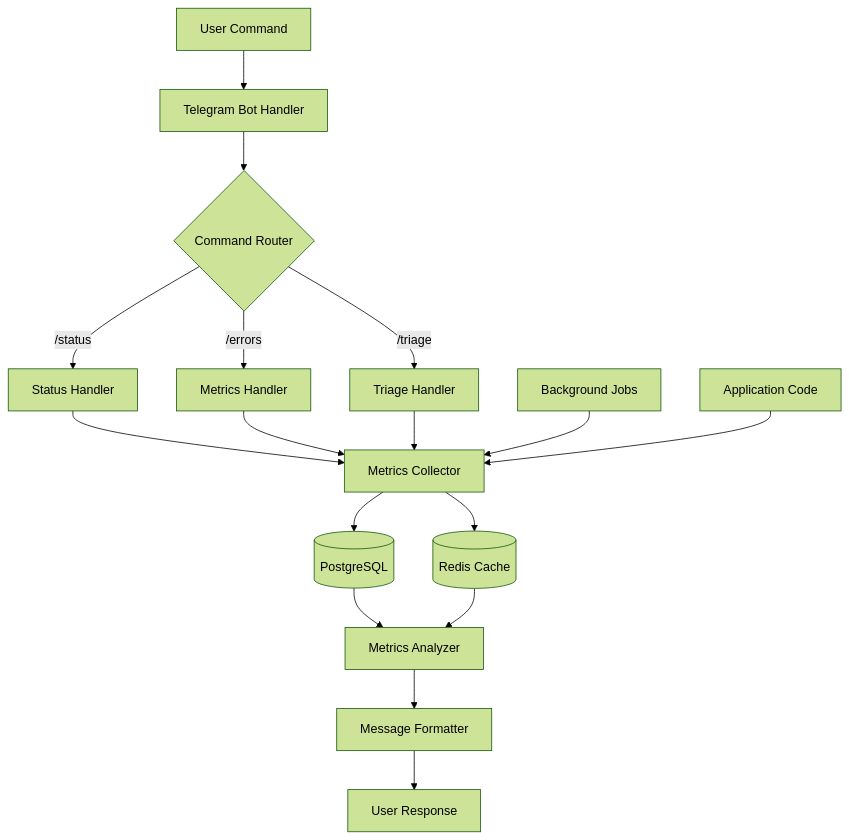
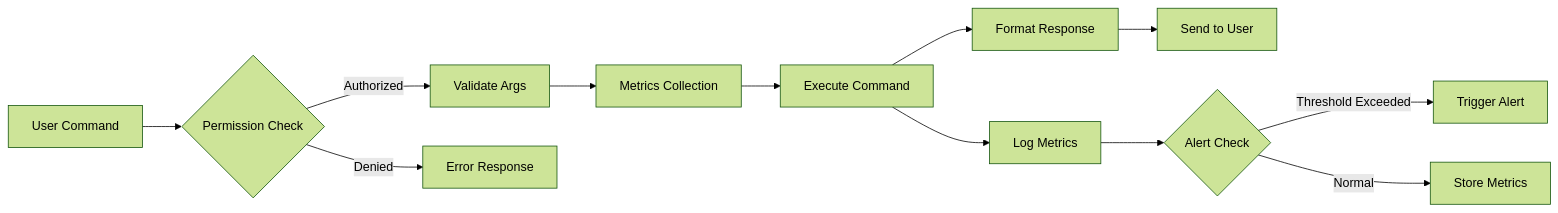
One commit to amirbiron/CodeBot changed the first of 13 diagrams in docs/issue_805_implementation_guide.md. Above: the diagram before and after it, drawn with Mermaid (forest theme). The commit also changed other lines of this file and 1 other file, not shown here.

Commit message:
feat: Add architecture diagrams and guide

````diff
--- a/docs/issue_805_implementation_guide.md
+++ b/docs/issue_805_implementation_guide.md
@@ -138,25 +104,14 @@
 ```mermaid
-graph TD
-    A[User Command] --> B[Telegram Bot Handler]
-    B --> C{Command Router}
-    
-    C -->|/status| D[Status Handler]
-    C -->|/errors| E[Metrics Handler]
-    C -->|/triage| F[Triage Handler]
-    
-    D --> G[Metrics Collector]
-    E --> G
-    F --> G
-    
-    G --> H[(PostgreSQL)]
-    G --> I[(Redis Cache)]
-    
-    H --> J[Metrics Analyzer]
-    I --> J
-    
-    J --> K[Message Formatter]
-    K --> L[User Response]
-    
-    M[Background Jobs] --> G
-    N[Application Code] --> G
+graph LR
+    A[User Command] --> B{Permission Check}
+    B -->|Authorized| C[Validate Args]
+    B -->|Denied| D[Error Response]
+    C --> E[Metrics Collection]
+    E --> F[Execute Command]
+    F --> G[Format Response]
+    G --> H[Send to User]
+    F --> I[Log Metrics]
+    I --> J{Alert Check}
+    J -->|Threshold Exceeded| K[Trigger Alert]
+    J -->|Normal| L[Store Metrics]
 ```
````
